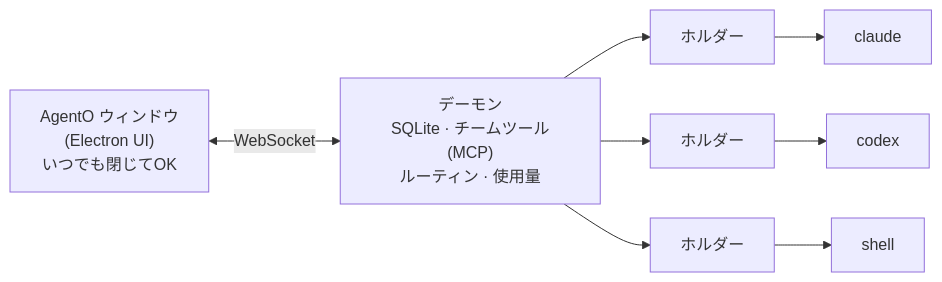
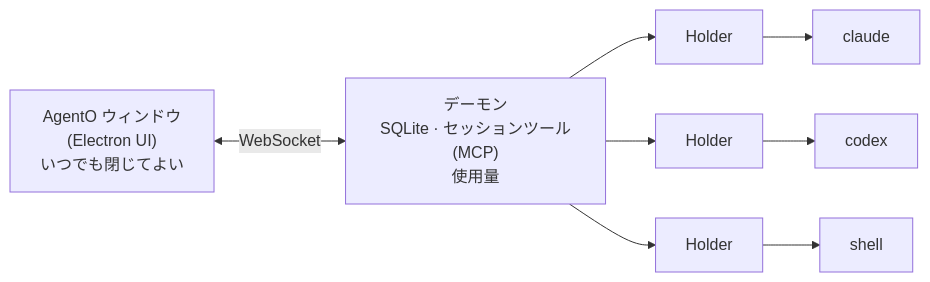
One commit to dongliquan/AgentO changed the first of 2 diagrams in README.ja.md. Above: the diagram before and after it, drawn with Mermaid. The commit also changed other lines of this file and 85 other files, not shown here.

````diff
--- a/README.ja.md
+++ b/README.ja.md
@@ -49,7 +49,7 @@
 ```mermaid
 flowchart LR
-  UI["AgentO ウィンドウ<br/>(Electron UI)<br/>いつでも閉じてOK"] <-->|WebSocket| D["デーモン<br/>SQLite · チームツール(MCP)<br/>ルーティン · 使用量"]
-  D --> H1["ホルダー"] --> A1["claude"]
-  D --> H2["ホルダー"] --> A2["codex"]
-  D --> H3["ホルダー"] --> A3["shell"]
+  UI["AgentO ウィンドウ<br/>(Electron UI)<br/>いつでも閉じてよい"] <-->|WebSocket| D["デーモン<br/>SQLite · セッションツール(MCP)<br/>使用量"]
+  D --> H1["Holder"] --> A1["claude"]
+  D --> H2["Holder"] --> A2["codex"]
+  D --> H3["Holder"] --> A3["shell"]
 ```
````
